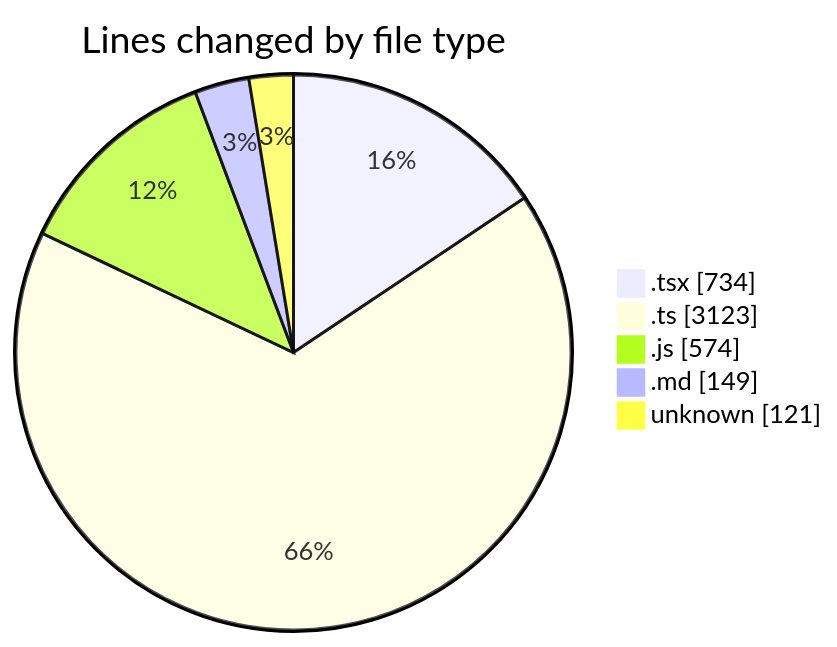
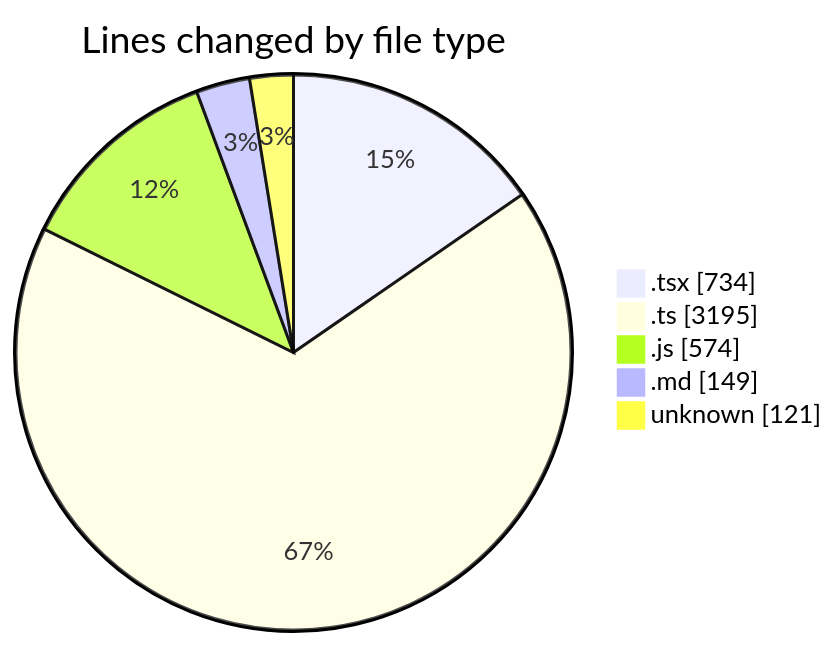
One commit to momahboobian/code-tracking changed the first of 2 diagrams in 2026-06-04/cda/README.md. Above: the diagram before and after it, drawn with Mermaid. The commit also changed other lines of this file and 1 other file, not shown here.

````diff
--- a/2026-06-04/cda/README.md
+++ b/2026-06-04/cda/README.md
@@ -37,9 +37,9 @@
 ```mermaid
 pie showData
 title Lines changed by file type
 ".tsx" : 734
-".ts" : 3123
+".ts" : 3195
 ".js" : 574
 ".md" : 149
 "unknown" : 121
 ```
````
